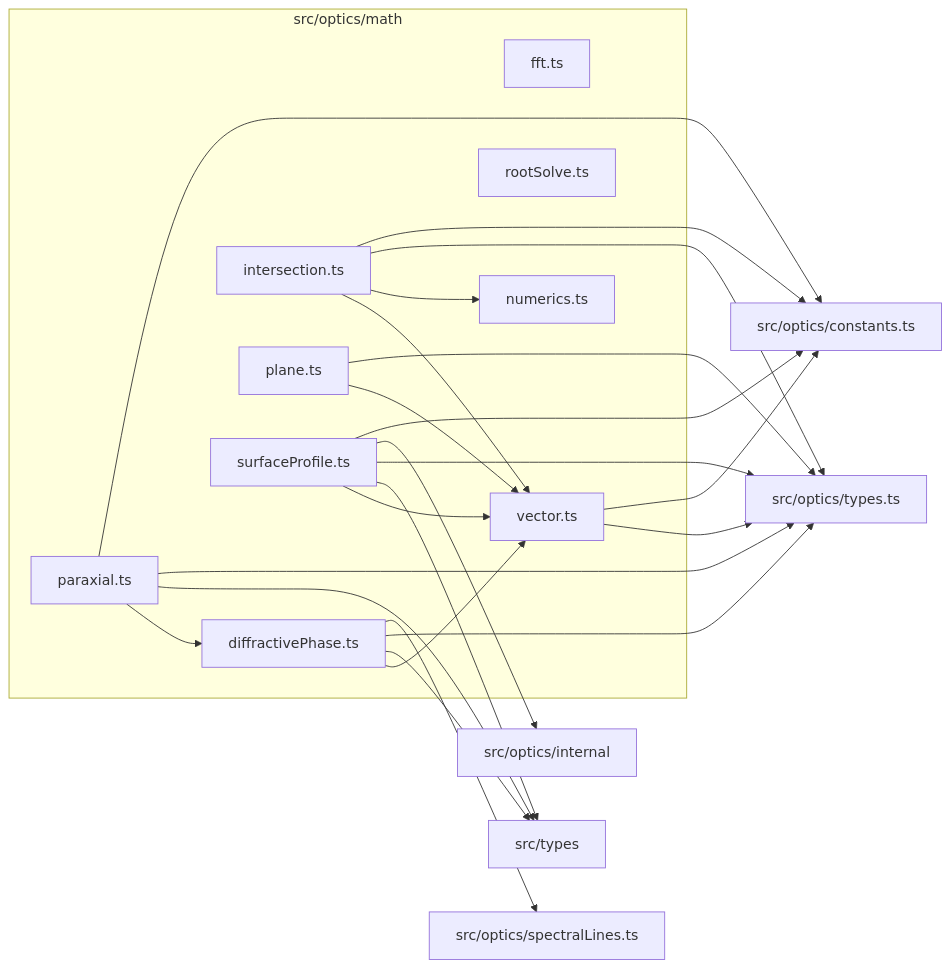
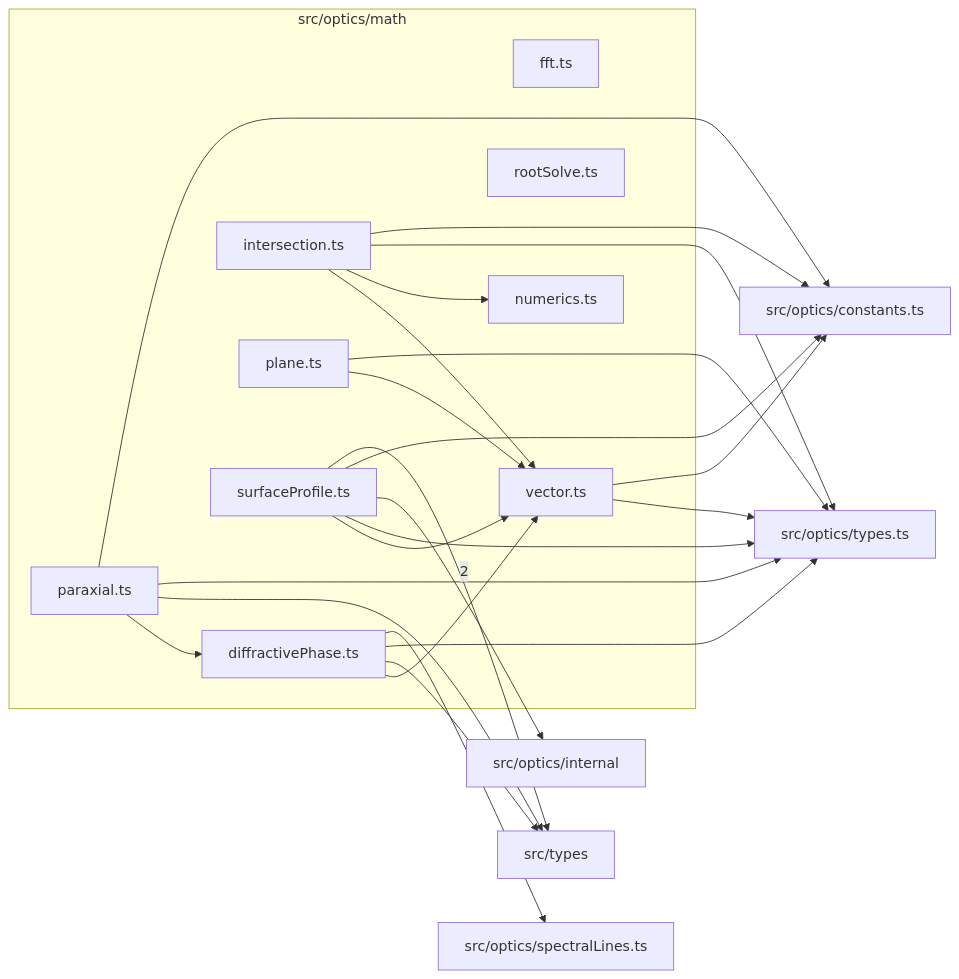
The diagram in src/optics/math/readme.md (BeamFour/LensVisualizer), drawn with Mermaid before and after one commit. The commit also changed other lines of this file and 6 other files, not shown here.

````diff
--- a/src/optics/math/readme.md
+++ b/src/optics/math/readme.md
@@ -9,40 +9,40 @@
 ```mermaid
 flowchart LR
   subgraph n_src_optics_math["src/optics/math"]
     n_src_optics_math_src_optics_math_diffractivePhase_ts["diffractivePhase.ts"]
     n_src_optics_math_src_optics_math_fft_ts["fft.ts"]
     n_src_optics_math_src_optics_math_intersection_ts["intersection.ts"]
     n_src_optics_math_src_optics_math_numerics_ts["numerics.ts"]
     n_src_optics_math_src_optics_math_paraxial_ts["paraxial.ts"]
     n_src_optics_math_src_optics_math_plane_ts["plane.ts"]
     n_src_optics_math_src_optics_math_rootSolve_ts["rootSolve.ts"]
     n_src_optics_math_src_optics_math_surfaceProfile_ts["surfaceProfile.ts"]
     n_src_optics_math_src_optics_math_vector_ts["vector.ts"]
   end
+  n_external_src_types["src/types"]
   n_external_src_optics_constants_ts["src/optics/constants.ts"]
   n_external_src_optics_internal["src/optics/internal"]
   n_external_src_optics_spectralLines_ts["src/optics/spectralLines.ts"]
   n_external_src_optics_types_ts["src/optics/types.ts"]
-  n_external_src_types["src/types"]
+  n_src_optics_math_src_optics_math_surfaceProfile_ts --> |2| n_external_src_types
   n_src_optics_math_src_optics_math_intersection_ts --> n_external_src_optics_constants_ts
   n_src_optics_math_src_optics_math_paraxial_ts --> n_external_src_optics_constants_ts
   n_src_optics_math_src_optics_math_surfaceProfile_ts --> n_external_src_optics_constants_ts
   n_src_optics_math_src_optics_math_vector_ts --> n_external_src_optics_constants_ts
   n_src_optics_math_src_optics_math_surfaceProfile_ts --> n_external_src_optics_internal
   n_src_optics_math_src_optics_math_diffractivePhase_ts --> n_external_src_optics_spectralLines_ts
   n_src_optics_math_src_optics_math_diffractivePhase_ts --> n_external_src_optics_types_ts
   n_src_optics_math_src_optics_math_intersection_ts --> n_external_src_optics_types_ts
   n_src_optics_math_src_optics_math_paraxial_ts --> n_external_src_optics_types_ts
   n_src_optics_math_src_optics_math_plane_ts --> n_external_src_optics_types_ts
   n_src_optics_math_src_optics_math_surfaceProfile_ts --> n_external_src_optics_types_ts
   n_src_optics_math_src_optics_math_vector_ts --> n_external_src_optics_types_ts
   n_src_optics_math_src_optics_math_diffractivePhase_ts --> n_external_src_types
   n_src_optics_math_src_optics_math_paraxial_ts --> n_external_src_types
-  n_src_optics_math_src_optics_math_surfaceProfile_ts --> n_external_src_types
   n_src_optics_math_src_optics_math_paraxial_ts --> n_src_optics_math_src_optics_math_diffractivePhase_ts
   n_src_optics_math_src_optics_math_intersection_ts --> n_src_optics_math_src_optics_math_numerics_ts
   n_src_optics_math_src_optics_math_diffractivePhase_ts --> n_src_optics_math_src_optics_math_vector_ts
   n_src_optics_math_src_optics_math_intersection_ts --> n_src_optics_math_src_optics_math_vector_ts
   n_src_optics_math_src_optics_math_plane_ts --> n_src_optics_math_src_optics_math_vector_ts
   n_src_optics_math_src_optics_math_surfaceProfile_ts --> n_src_optics_math_src_optics_math_vector_ts
 ```
````
